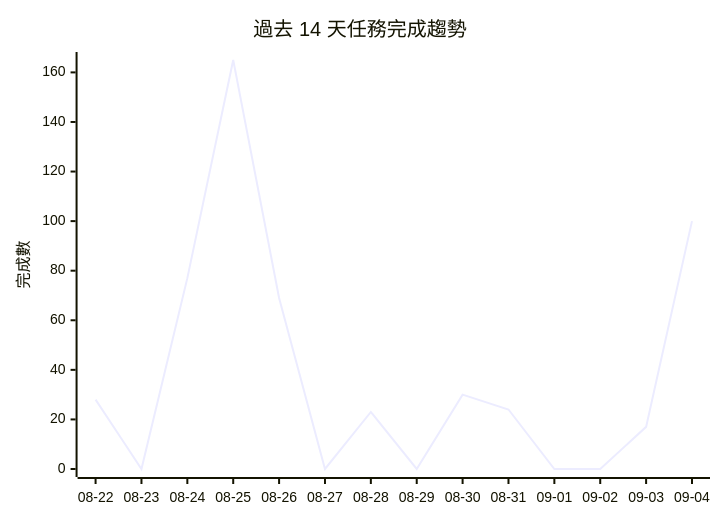
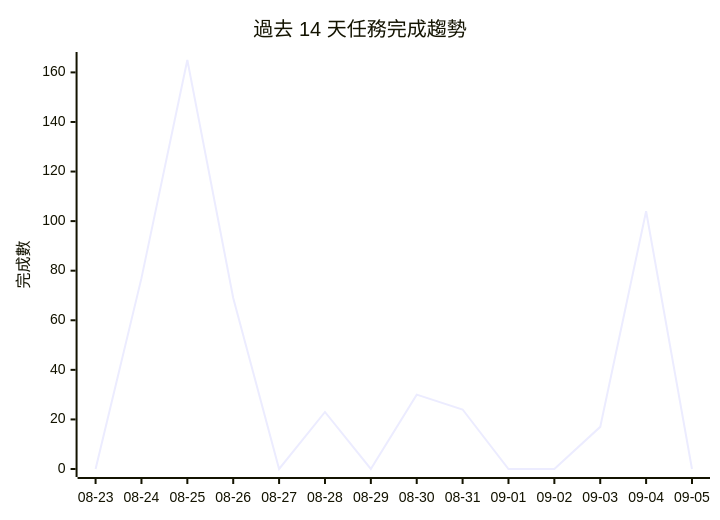
The diagram in PROJECTS.md (gentoobreaking/ai-tasks), drawn with Mermaid before and after one commit. The commit also changed other lines of this file and 63 other files, not shown here.

````diff
--- a/PROJECTS.md
+++ b/PROJECTS.md
@@ -31,7 +38,7 @@
 ```mermaid
 xychart-beta
     title "過去 14 天任務完成趨勢"
-    x-axis ["08-22", "08-23", "08-24", "08-25", "08-26", "08-27", "08-28", "08-29", "08-30", "08-31", "09-01", "09-02", "09-03", "09-04"]
+    x-axis ["08-23", "08-24", "08-25", "08-26", "08-27", "08-28", "08-29", "08-30", "08-31", "09-01", "09-02", "09-03", "09-04", "09-05"]
     y-axis "完成數" 0 --> 165
-    line [28, 0, 77, 165, 69, 0, 23, 0, 30, 24, 0, 0, 17, 100]
+    line [0, 77, 165, 69, 0, 23, 0, 30, 24, 0, 0, 17, 104, 0]
 ```
````
